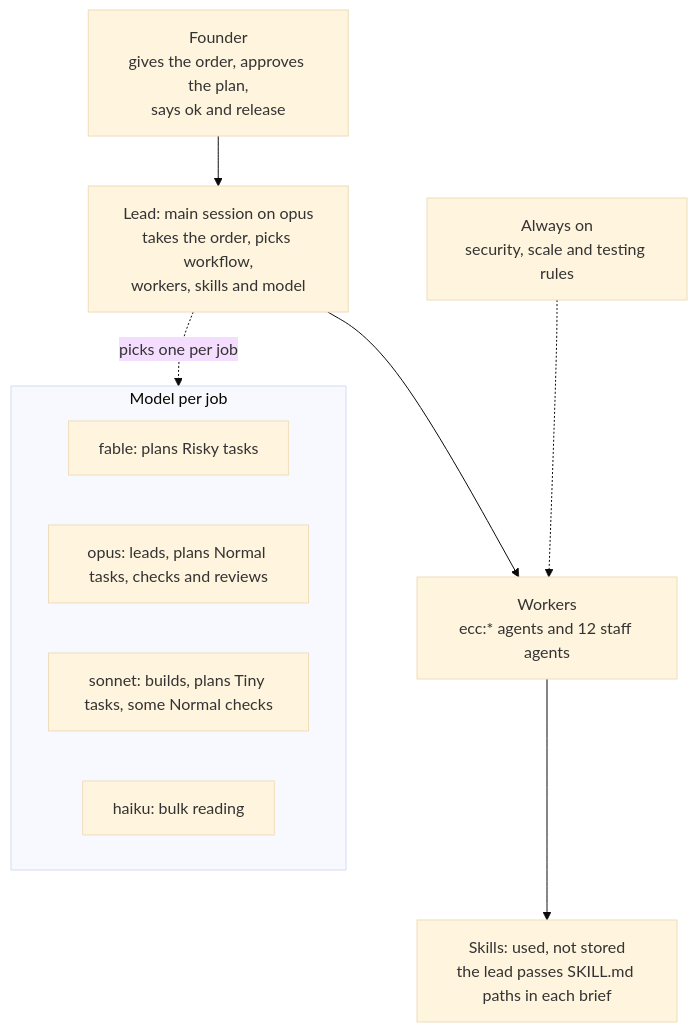
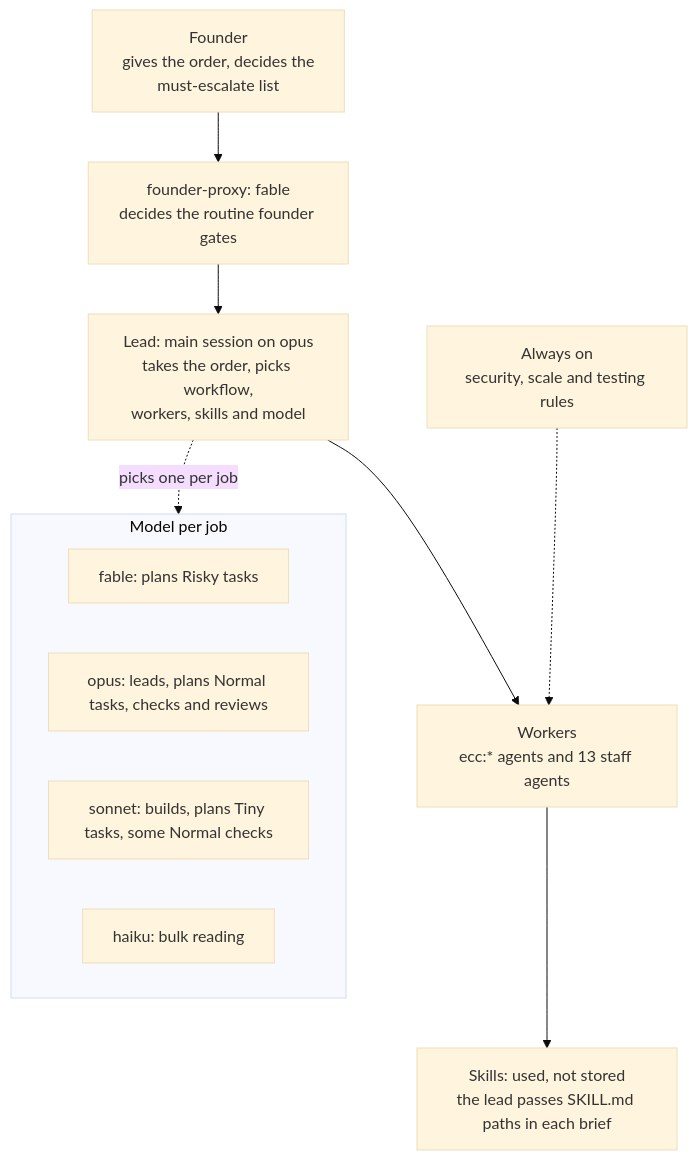
Before and after one commit to LeongJinZhou/ai-company: the first of 3 diagrams in README.md, drawn with Mermaid (base theme). The commit also changed other lines of this file and 8 other files, not shown here.

First line of the commit message:
feat: founder-proxy decides the routine founder gates (#19)

````diff
--- a/README.md
+++ b/README.md
@@ -10,15 +10,16 @@
 ```mermaid
 flowchart TD
-    F["Founder<br>gives the order, approves the plan,<br>says ok and release"] --> L["Lead: main session on opus<br>takes the order, picks workflow,<br>workers, skills and model"]
-    L --> W["Workers<br>ecc:* agents and 12 staff agents"]
+    F["Founder<br>gives the order, decides the<br>must-escalate list"] --> FP["founder-proxy: fable<br>decides the routine founder gates"]
+    FP --> L["Lead: main session on opus<br>takes the order, picks workflow,<br>workers, skills and model"]
+    L --> W["Workers<br>ecc:* agents and 13 staff agents"]
     W --> S["Skills: used, not stored<br>the lead passes SKILL.md paths in each brief"]
     R["Always on<br>security, scale and testing rules"] -.-> W
     subgraph M["Model per job"]
         direction LR
         M1["fable: plans Risky tasks"]
         M2["opus: leads, plans Normal tasks, checks and reviews"]
         M3["sonnet: builds, plans Tiny tasks, some Normal checks"]
         M4["haiku: bulk reading"]
     end
     L -. "picks one per job" .-> M
 ```
````
